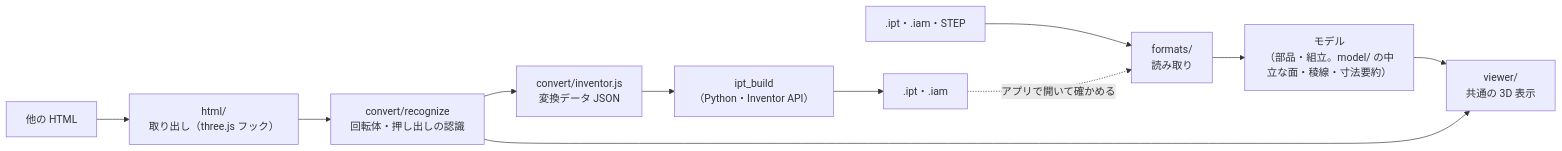
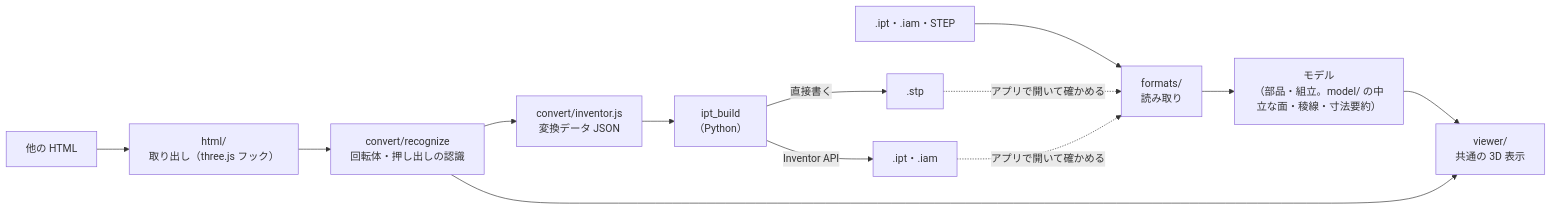
One commit to satoshi-hello-vlioilv/Inventor changed the first of 4 diagrams in docs/app-architecture.md. Above: the diagram before and after it, drawn with Mermaid. The commit also changed other lines of this file and 44 other files, not shown here.

````diff
--- a/docs/app-architecture.md
+++ b/docs/app-architecture.md
@@ -22,9 +23,12 @@
 ```mermaid
 flowchart LR
   IPT[".ipt・.iam・STEP"] --> P["formats/<br/>読み取り"] --> M["モデル<br/>（部品・組立。model/ の中立な面・稜線・寸法要約）"]
   HTML["他の HTML"] --> X["html/<br/>取り出し（three.js フック）"] --> R["convert/recognize<br/>回転体・押し出しの認識"]
   M --> V["viewer/<br/>共通の 3D 表示"]
   R --> V
-  R --> F["convert/inventor.js<br/>変換データ JSON"] --> B["ipt_build<br/>（Python・Inventor API）"] --> OUT[".ipt・.iam"]
+  R --> F["convert/inventor.js<br/>変換データ JSON"] --> B["ipt_build<br/>（Python）"]
+  B -- "直接書く" --> STP[".stp"]
+  B -- "Inventor API" --> OUT[".ipt・.iam"]
+  STP -. "アプリで開いて確かめる" .-> P
   OUT -. "アプリで開いて確かめる" .-> P
 ```
````
